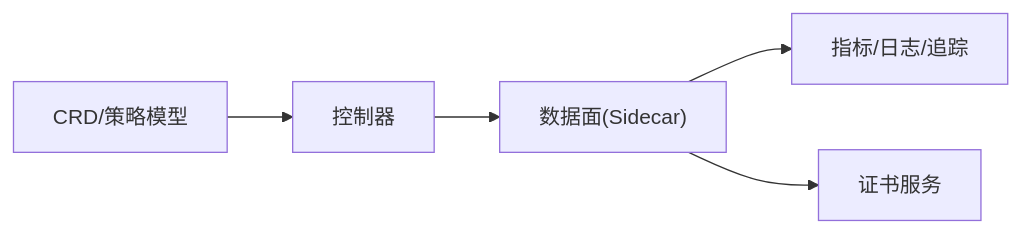
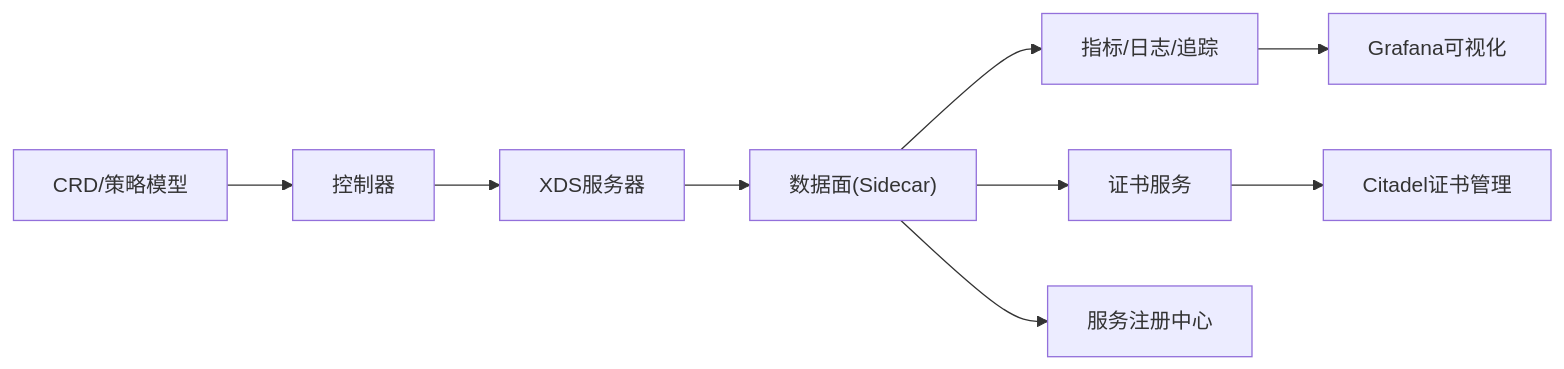
One commit to nianjiang/nianjiang.github.io changed the seventh of 7 diagrams in .qoder/repowiki/zh/content/技术文档体系/Istio服务网格/Istio服务网格.md. Above: the diagram before and after it, drawn with Mermaid. The commit also changed other lines of this file and 21 other files, not shown here.

````diff
--- a/.qoder/repowiki/zh/content/技术文档体系/Istio服务网格/Istio服务网格.md
+++ b/.qoder/repowiki/zh/content/技术文档体系/Istio服务网格/Istio服务网格.md
@@ -242,7 +289,11 @@
 ```mermaid
 graph LR
 CRD["CRD/策略模型"] --> Ctrl["控制器"]
-Ctrl --> DataPlane["数据面(Sidecar)"]
+Ctrl --> XDS["XDS服务器"]
+XDS --> DataPlane["数据面(Sidecar)"]
 DataPlane --> Metrics["指标/日志/追踪"]
 DataPlane --> Cert["证书服务"]
+DataPlane --> Registry["服务注册中心"]
+Metrics --> Grafana["Grafana可视化"]
+Cert --> Citadel["Citadel证书管理"]
 ```
````
